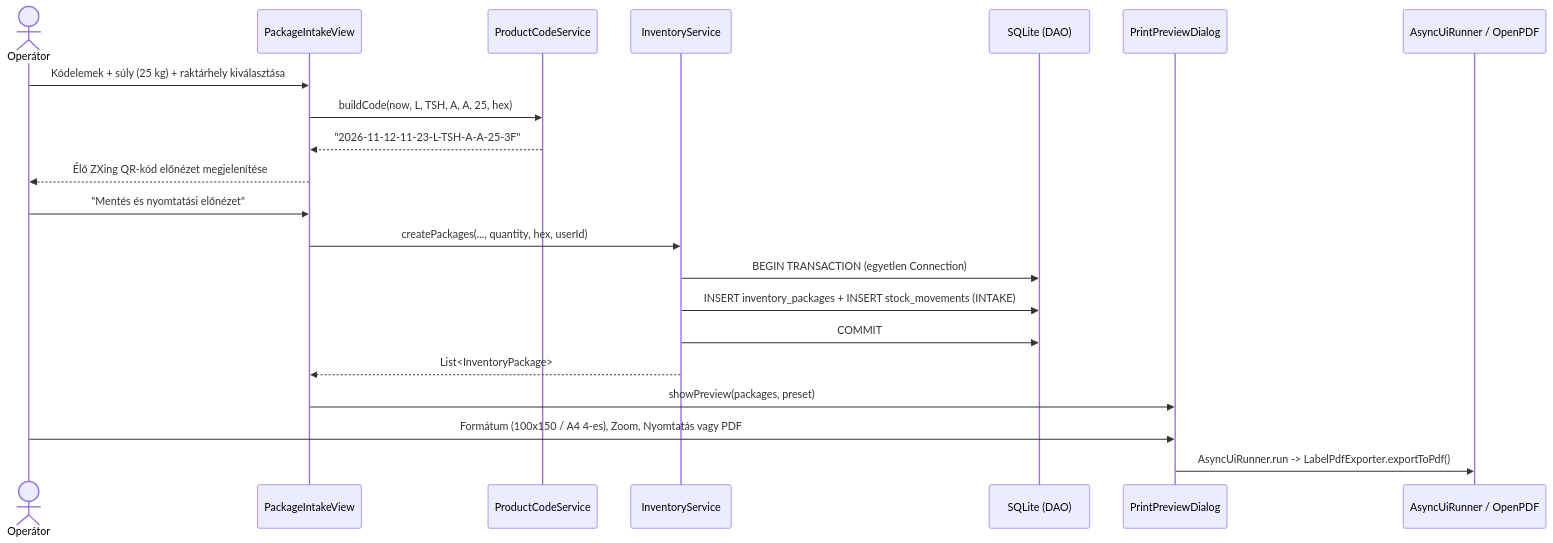
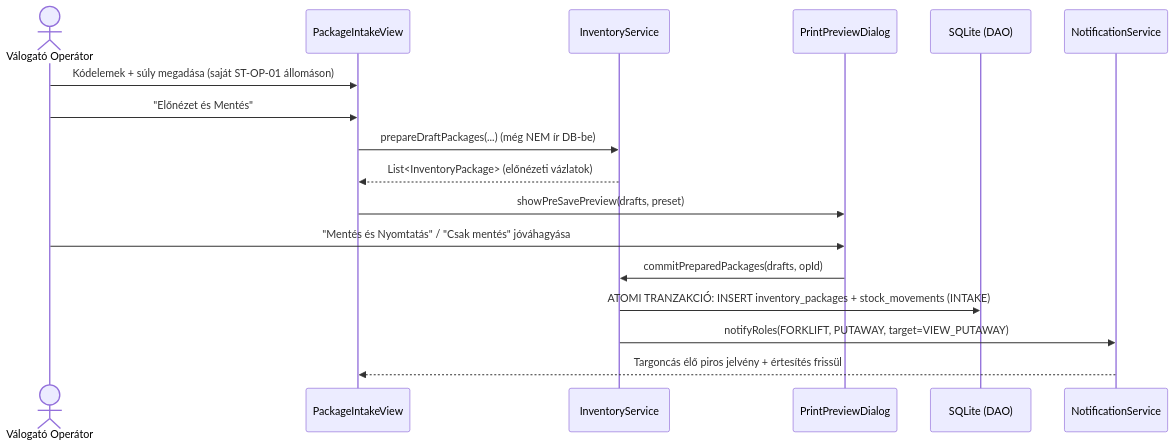
Before and after one commit to attilaczudor/due-prog-03: the fourth of 5 diagrams in docs/Programterv.md, drawn with Mermaid. The commit also changed other lines of this file and 4 other files, not shown here.

````diff
--- a/docs/Programterv.md
+++ b/docs/Programterv.md
@@ -204,24 +187,20 @@
 ```mermaid
 sequenceDiagram
-    actor Op as Operátor
+    actor Op as Válogató Operátor
     participant UI as PackageIntakeView
-    participant Code as ProductCodeService
     participant Inv as InventoryService
+    participant Prev as PrintPreviewDialog
     participant DB as SQLite (DAO)
-    participant Prev as PrintPreviewDialog
-    participant Async as AsyncUiRunner / OpenPDF
+    participant Notif as NotificationService
 
-    Op->>UI: Kódelemek + súly (25 kg) + raktárhely kiválasztása
-    UI->>Code: buildCode(now, L, TSH, A, A, 25, hex)
-    Code-->>UI: "2026-11-12-11-23-L-TSH-A-A-25-3F"
-    UI-->>Op: Élő ZXing QR-kód előnézet megjelenítése
-    Op->>UI: "Mentés és nyomtatási előnézet"
-    UI->>Inv: createPackages(..., quantity, hex, userId)
-    Inv->>DB: BEGIN TRANSACTION (egyetlen Connection)
-    Inv->>DB: INSERT inventory_packages + INSERT stock_movements (INTAKE)
-    Inv->>DB: COMMIT
-    Inv-->>UI: List<InventoryPackage>
-    UI->>Prev: showPreview(packages, preset)
-    Op->>Prev: Formátum (100x150 / A4 4-es), Zoom, Nyomtatás vagy PDF
-    Prev->>Async: AsyncUiRunner.run -> LabelPdfExporter.exportToPdf()
+    Op->>UI: Kódelemek + súly megadása (saját ST-OP-01 állomáson)
+    Op->>UI: "Előnézet és Mentés"
+    UI->>Inv: prepareDraftPackages(...) (még NEM ír DB-be)
+    Inv-->>UI: List<InventoryPackage> (előnézeti vázlatok)
+    UI->>Prev: showPreSavePreview(drafts, preset)
+    Op->>Prev: "Mentés és Nyomtatás" / "Csak mentés" jóváhagyása
+    Prev->>Inv: commitPreparedPackages(drafts, opId)
+    Inv->>DB: ATOMI TRANZAKCIÓ: INSERT inventory_packages + stock_movements (INTAKE)
+    Inv->>Notif: notifyRoles(FORKLIFT, PUTAWAY, target=VIEW_PUTAWAY)
+    Notif-->>UI: Targoncás élő piros jelvény + értesítés frissül
 ```
````
